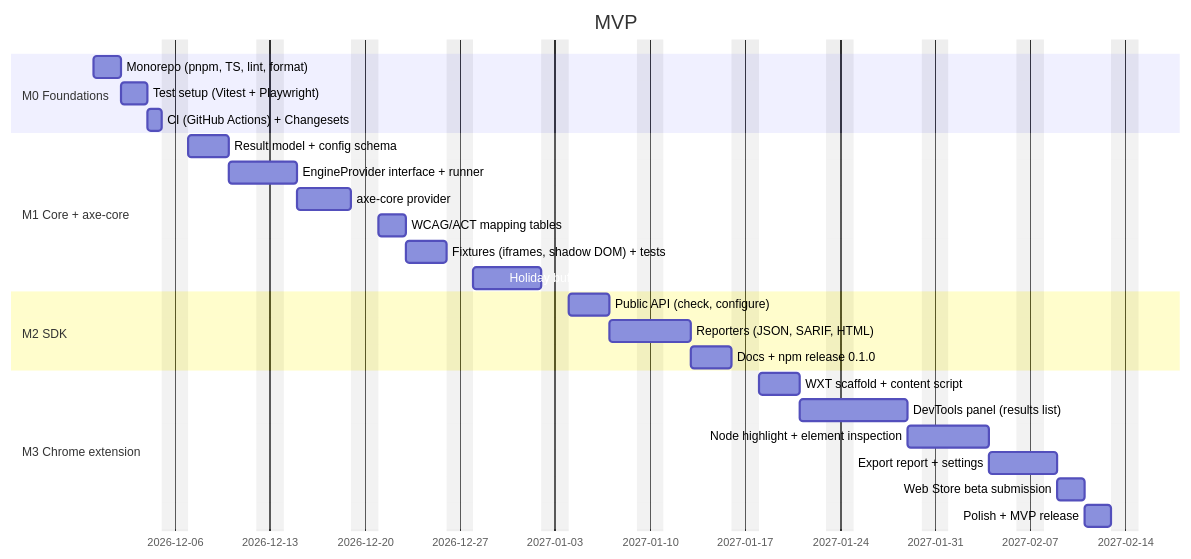
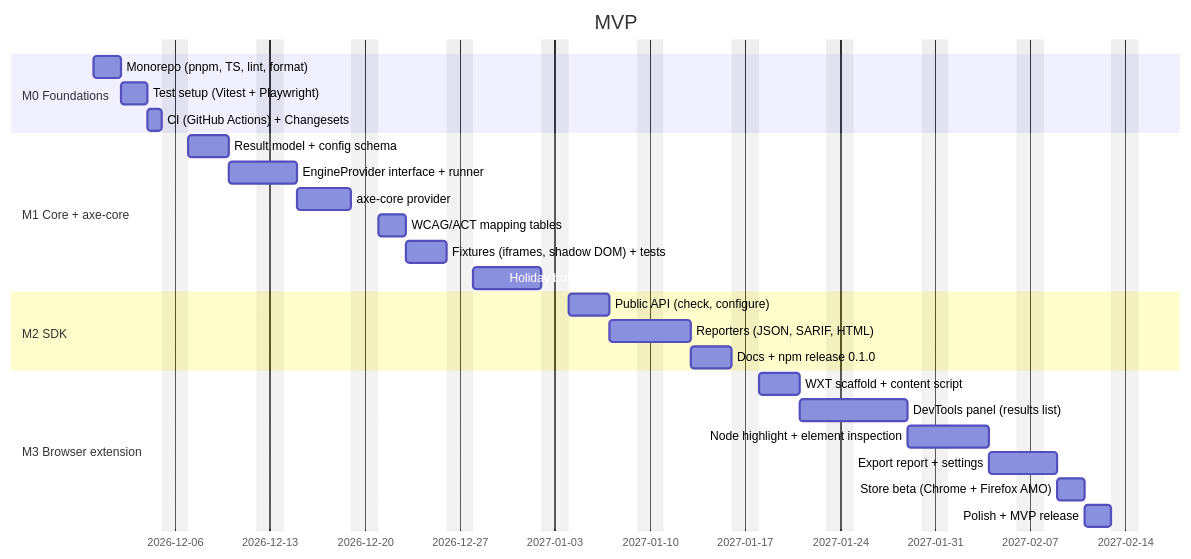
The diagram in ROADMAP/2026-11-26/mvp.md (jgermade/a11y-checker), drawn with Mermaid before and after one commit. The commit also changed other lines of this file and 27 other files, not shown here.

````diff
--- a/ROADMAP/2026-11-26/mvp.md
+++ b/ROADMAP/2026-11-26/mvp.md
@@ -6,28 +6,28 @@
 ```mermaid
 gantt
     title MVP
     dateFormat YYYY-MM-DD
     excludes weekends
     section M0 Foundations
     Monorepo (pnpm, TS, lint, format)     :a1, 2026-11-30, 2d
     Test setup (Vitest + Playwright)      :a2, after a1, 2d
     CI (GitHub Actions) + Changesets      :a3, after a2, 1d
     section M1 Core + axe-core
     Result model + config schema          :b1, after a3, 3d
     EngineProvider interface + runner     :b2, after b1, 3d
     axe-core provider                     :b3, after b2, 4d
     WCAG/ACT mapping tables               :b4, after b3, 2d
     Fixtures (iframes, shadow DOM) + tests:b5, after b4, 3d
     Holiday buffer                        :hb, after b5, 5d
     section M2 SDK
     Public API (check, configure)         :c1, after hb, 3d
     Reporters (JSON, SARIF, HTML)         :c2, after c1, 4d
     Docs + npm release 0.1.0              :c3, after c2, 3d
-    section M3 Chrome extension
+    section M3 Browser extension
     WXT scaffold + content script         :d1, after c3, 3d
     DevTools panel (results list)         :d2, after d1, 6d
     Node highlight + element inspection   :d3, after d2, 4d
     Export report + settings              :d4, after d3, 3d
-    Web Store beta submission             :d5, after d4, 2d
+    Store beta (Chrome + Firefox AMO)     :d5, after d4, 2d
     Polish + MVP release                  :d6, after d5, 2d
 ```
````
